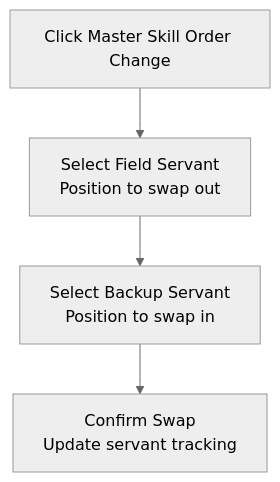
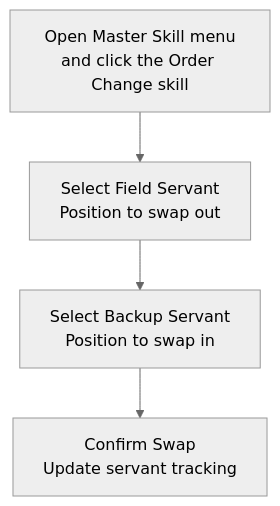
Before and after one commit to ArthurKun21/FGA-Preview-Build: the second of 2 diagrams in docs/in-battle/skill-system/skill-execution.md, drawn with Mermaid (neutral theme). The commit also changed other lines of this file and 23 other files, not shown here.

````diff
--- a/docs/in-battle/skill-system/skill-execution.md
+++ b/docs/in-battle/skill-system/skill-execution.md
@@ -175,6 +177,6 @@
 ```mermaid
 flowchart TD
-    A[Click Master Skill Order Change] --> B[Select Field Servant<br/>Position to swap out]
+    A[Open Master Skill menu<br/>and click the Order Change skill] --> B[Select Field Servant<br/>Position to swap out]
     B --> C[Select Backup Servant<br/>Position to swap in]
     C --> D[Confirm Swap<br/>Update servant tracking]
 ```
````
